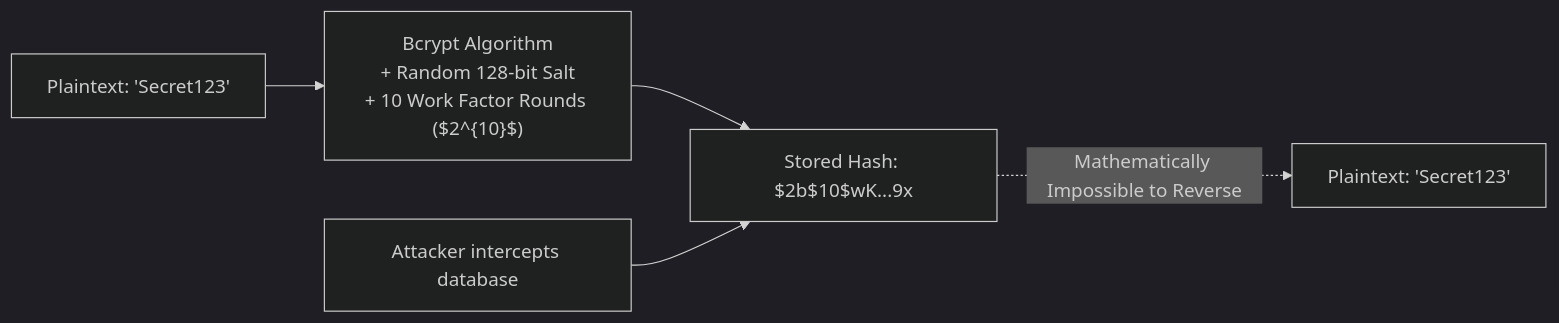
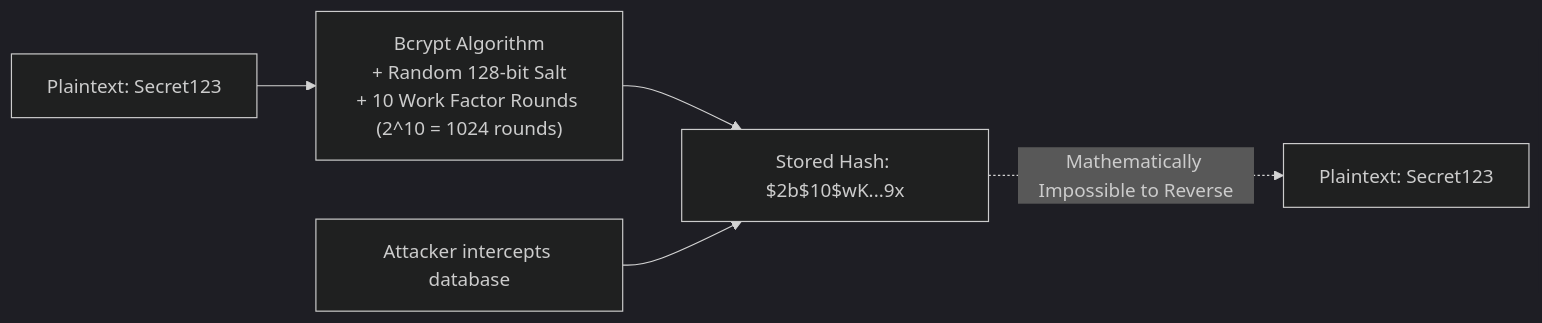
One commit to phanidharguttikonda0/Paatam changed the third of 26 diagrams in MASTER_SYSTEM_ARCHITECTURE_AND_DEVOPS_GUIDE.md. Above: the diagram before and after it, drawn with Mermaid (dark theme). The commit also changed other lines of this file, not shown here.

Commit message:
fix(docs): resolve GitHub Mermaid diagram parse errors across all subgraphs and sequence diagrams

````diff
--- a/MASTER_SYSTEM_ARCHITECTURE_AND_DEVOPS_GUIDE.md
+++ b/MASTER_SYSTEM_ARCHITECTURE_AND_DEVOPS_GUIDE.md
@@ -211,8 +211,8 @@
 ```mermaid
 flowchart LR
-    A["Plaintext: 'Secret123'"] --> B["Bcrypt Algorithm<br/>+ Random 128-bit Salt<br/>+ 10 Work Factor Rounds ($2^{10}$)"]
+    A["Plaintext: Secret123"] --> B["Bcrypt Algorithm<br/>+ Random 128-bit Salt<br/>+ 10 Work Factor Rounds (2^10 = 1024 rounds)"]
     B --> C["Stored Hash: $2b$10$wK...9x"]
 
     D["Attacker intercepts database"] --> C
-    C -.->|"Mathematically Impossible to Reverse"| E["Plaintext: 'Secret123'"]
+    C -.->|"Mathematically Impossible to Reverse"| E["Plaintext: Secret123"]
 ```
````
